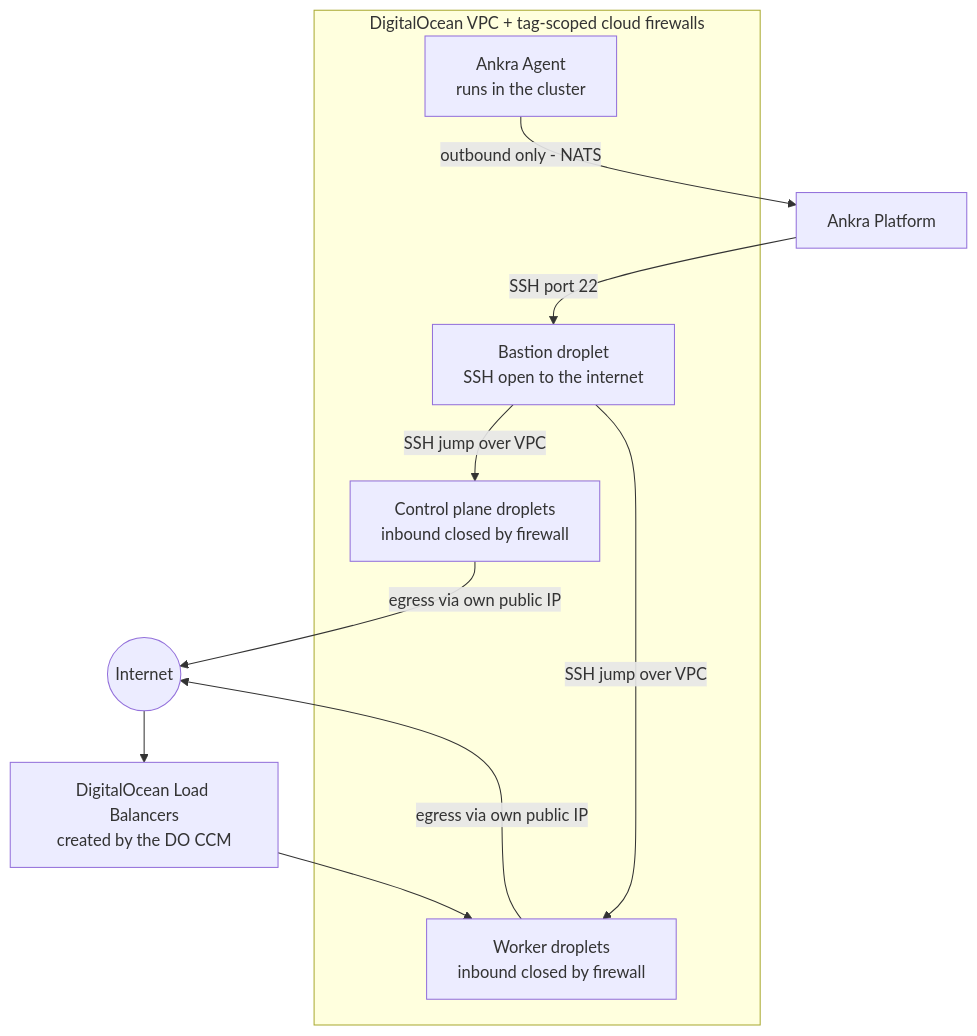
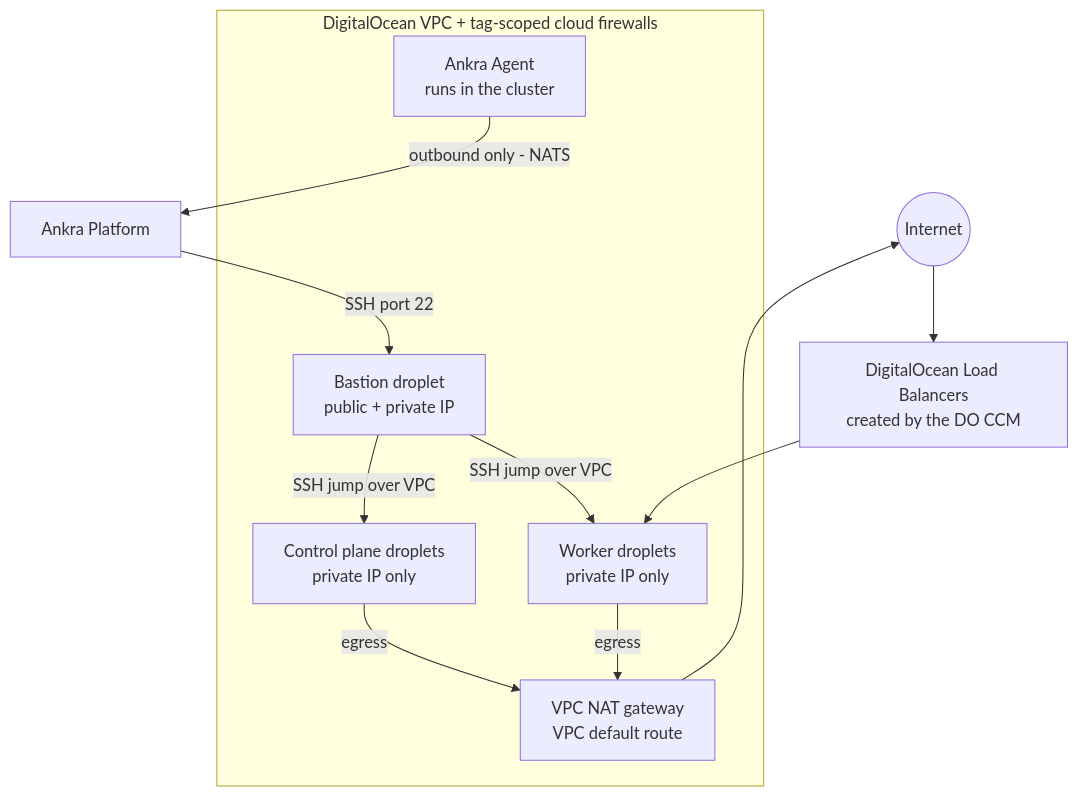
Before and after one commit to ankraio/ankra-docs: the diagram in guides/digitalocean-clusters.mdx, drawn with Mermaid. The commit also changed other lines of this file, not shown here.

Commit message:
docs: document private droplets and VPC NAT gateway for DigitalOcean clusters

````diff
--- a/guides/digitalocean-clusters.mdx
+++ b/guides/digitalocean-clusters.mdx
@@ -404,23 +405,25 @@
 ```mermaid
 flowchart TB
     Internet((Internet))
     Platform[Ankra Platform]
 
     subgraph VPC [DigitalOcean VPC + tag-scoped cloud firewalls]
-        Bastion[Bastion droplet<br/>SSH open to the internet]
-        CP[Control plane droplets<br/>inbound closed by firewall]
-        Workers[Worker droplets<br/>inbound closed by firewall]
+        Bastion[Bastion droplet<br/>public + private IP]
+        CP[Control plane droplets<br/>private IP only]
+        Workers[Worker droplets<br/>private IP only]
+        NAT[VPC NAT gateway<br/>VPC default route]
         Agent[Ankra Agent<br/>runs in the cluster]
     end
 
     LB[DigitalOcean Load Balancers<br/>created by the DO CCM]
 
     Platform -->|SSH port 22| Bastion
     Bastion -->|SSH jump over VPC| CP
     Bastion -->|SSH jump over VPC| Workers
     Agent -->|outbound only - NATS| Platform
-    CP -->|egress via own public IP| Internet
-    Workers -->|egress via own public IP| Internet
+    CP -->|egress| NAT
+    Workers -->|egress| NAT
+    NAT --> Internet
     Internet --> LB
     LB --> Workers
 ```
````
